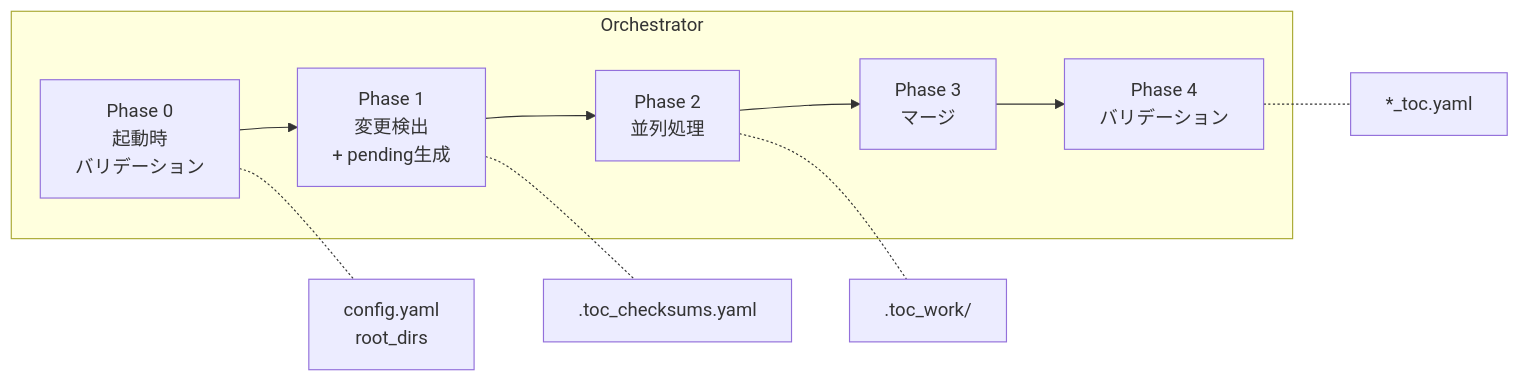
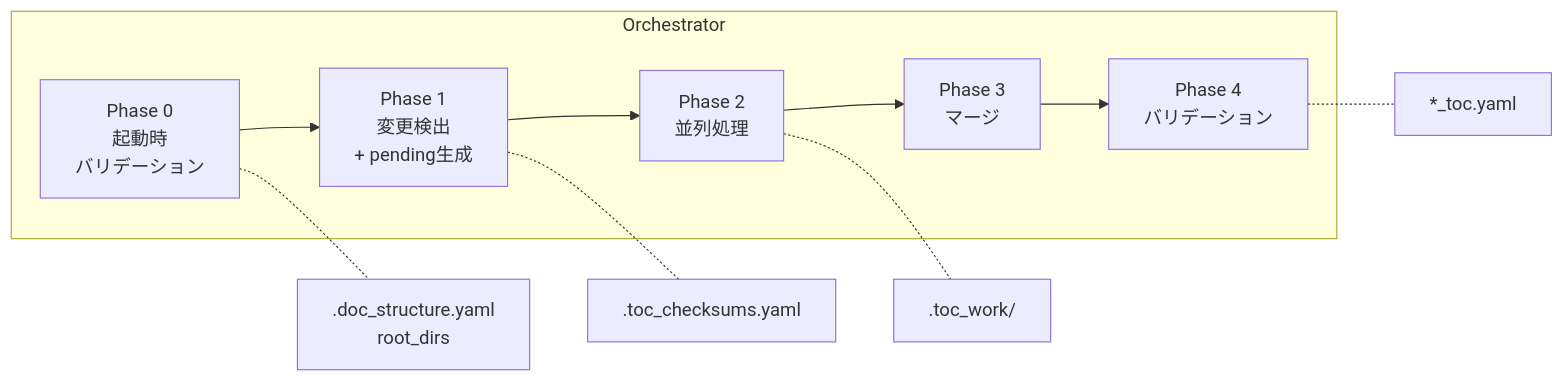
Before and after one commit to BlueEventHorizon/DocAdvisor-CC: the first of 10 diagrams in specs/design/DES-005_toc_generation_flow.md, drawn with Mermaid. The commit also changed other lines of this file and 24 other files, not shown here.

First line of the commit message:
refactor: abolish config.yaml, use .doc_structure.yaml + code defaults

````diff
--- a/specs/design/DES-005_toc_generation_flow.md
+++ b/specs/design/DES-005_toc_generation_flow.md
@@ -34,14 +34,14 @@
 ```mermaid
 flowchart LR
     subgraph Orchestrator
         P0[Phase 0<br>起動時<br>バリデーション] --> P1[Phase 1<br>変更検出<br>+ pending生成]
         P1 --> P2[Phase 2<br>並列処理]
         P2 --> P3[Phase 3<br>マージ]
         P3 --> P4[Phase 4<br>バリデーション]
     end
 
-    P0 -.- C[config.yaml<br>root_dirs]
+    P0 -.- C[.doc_structure.yaml<br>root_dirs]
     P1 -.- CS[.toc_checksums.yaml]
     P2 -.- W[.toc_work/]
     P4 -.- T[*_toc.yaml]
 ```
````
